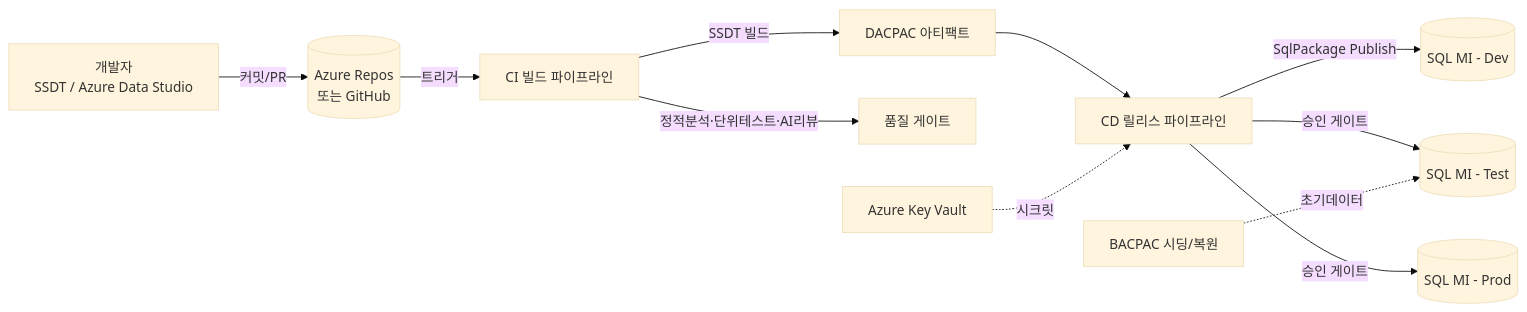
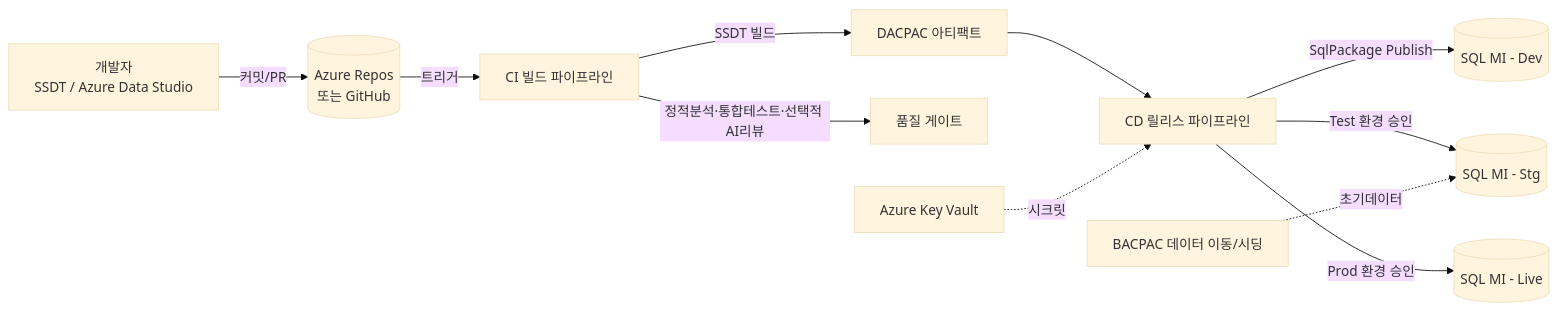
Before and after one commit to DalBamS/AzureDevOps-SQLMI-CICD-AI: the first of 3 diagrams in docs/프로젝트-계획-초안.md, drawn with Mermaid (base theme). The commit also changed other lines of this file and 7 other files, not shown here.

````diff
--- a/docs/프로젝트-계획-초안.md
+++ b/docs/프로젝트-계획-초안.md
@@ -45,13 +45,13 @@
 ```mermaid
 flowchart LR
     Dev[개발자<br/>SSDT / Azure Data Studio] -->|커밋/PR| Repo[(Azure Repos<br/>또는 GitHub)]
     Repo -->|트리거| CI[CI 빌드 파이프라인]
     CI -->|SSDT 빌드| DACPAC[DACPAC 아티팩트]
-    CI -->|정적분석·단위테스트·AI리뷰| Quality[품질 게이트]
+    CI -->|정적분석·통합테스트·선택적 AI리뷰| Quality[품질 게이트]
     DACPAC --> CD[CD 릴리스 파이프라인]
     CD -->|SqlPackage Publish| DevDB[(SQL MI - Dev)]
-    CD -->|승인 게이트| TestDB[(SQL MI - Test)]
-    CD -->|승인 게이트| ProdDB[(SQL MI - Prod)]
-    BACPAC[BACPAC 시딩/복원] -.초기데이터.-> TestDB
+    CD -->|Test 환경 승인| StgDB[(SQL MI - Stg)]
+    CD -->|Prod 환경 승인| LiveDB[(SQL MI - Live)]
+    BACPAC[BACPAC 데이터 이동/시딩] -.초기데이터.-> StgDB
     KV[Azure Key Vault] -.시크릿.-> CD
 ```
````
